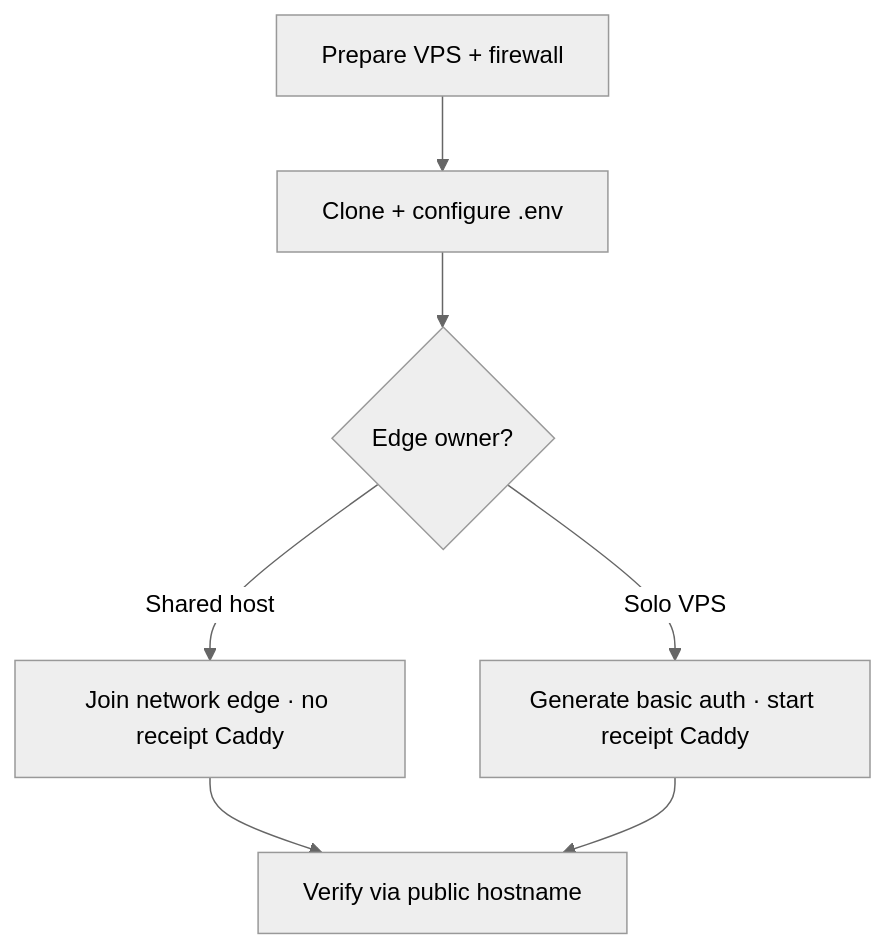
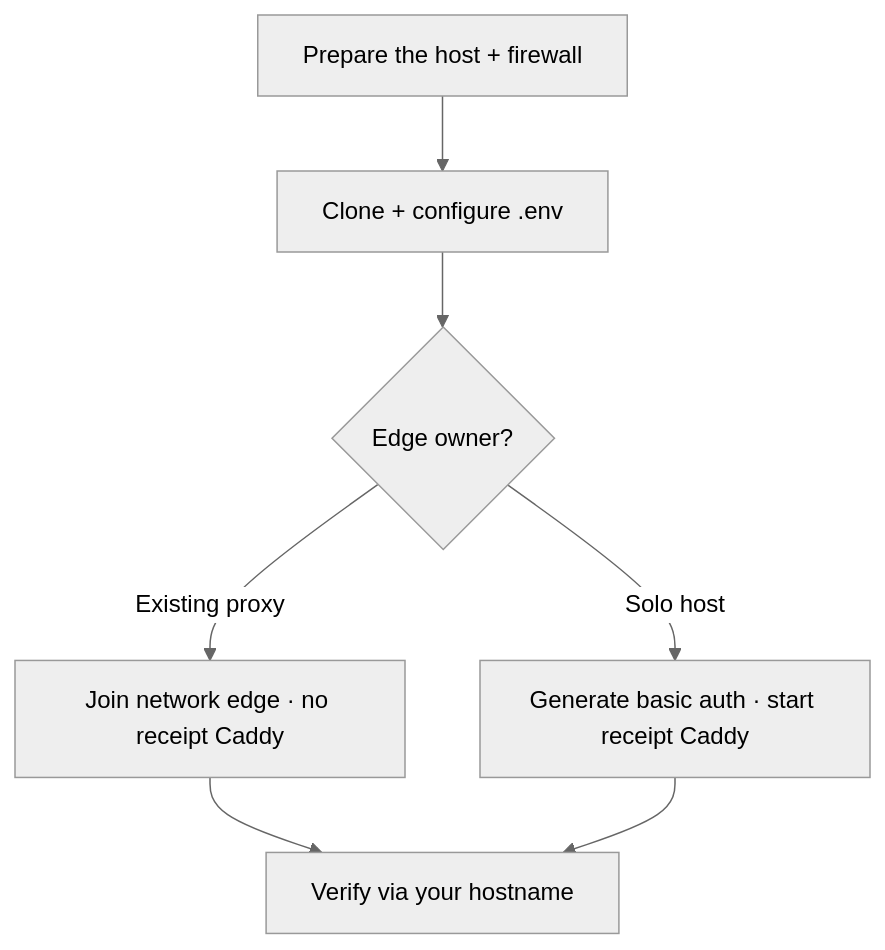
Before and after one commit to RoxanaTapia/receipt-intelligence-demo: the diagram in DEPLOYMENT.md, drawn with Mermaid (neutral theme). The commit also changed other lines of this file and 2 other files, not shown here.

First line of the commit message:
docs: remove hosting details from deployment docs and the env example (#89)

````diff
--- a/DEPLOYMENT.md
+++ b/DEPLOYMENT.md
@@ -18,9 +18,9 @@
 ```mermaid
 flowchart TD
-  prep[Prepare VPS + firewall] --> env[Clone + configure .env]
+  prep[Prepare the host + firewall] --> env[Clone + configure .env]
   env --> choose{Edge owner?}
-  choose -->|Shared host| edge[Join network edge · no receipt Caddy]
-  choose -->|Solo VPS| auth[Generate basic auth · start receipt Caddy]
-  edge --> verify[Verify via public hostname]
+  choose -->|Existing proxy| edge[Join network edge · no receipt Caddy]
+  choose -->|Solo host| auth[Generate basic auth · start receipt Caddy]
+  edge --> verify[Verify via your hostname]
   auth --> verify
 ```
````
